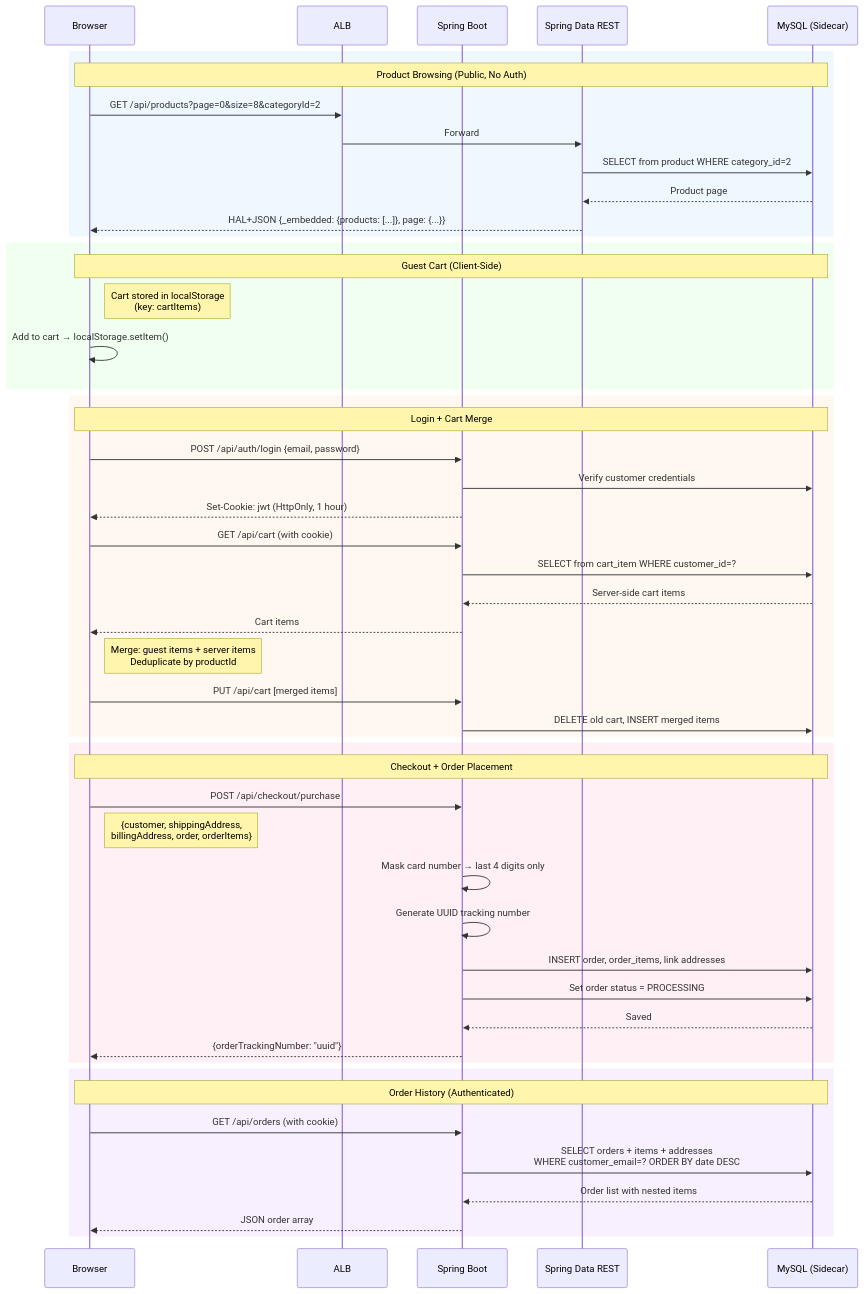
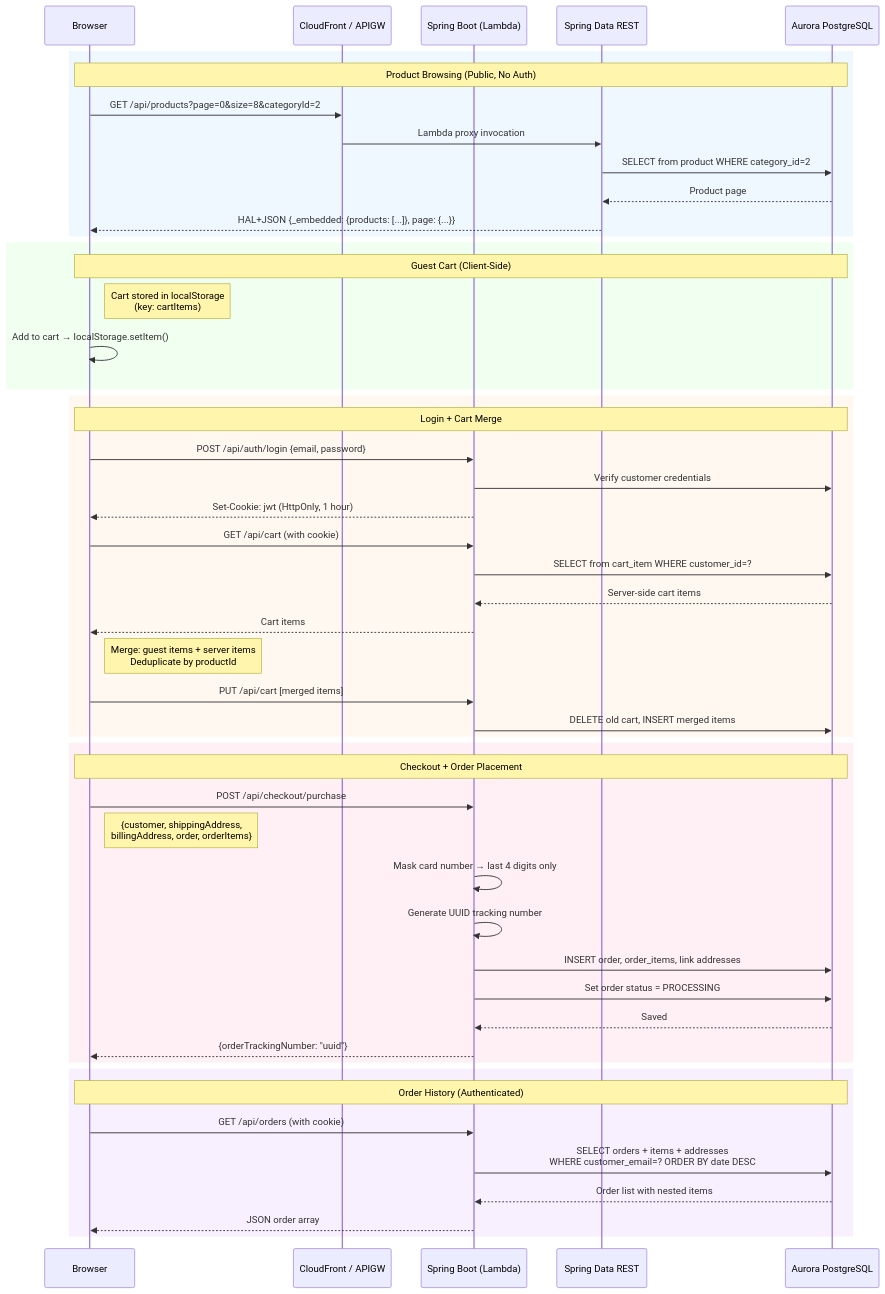
The sixth of 13 diagrams in docs/ARCHITECTURE.md (clark22134/MyPortfolioWebsite), drawn with Mermaid before and after one commit. The commit also changed other lines of this file and 96 other files, not shown here.

````diff
--- a/docs/ARCHITECTURE.md
+++ b/docs/ARCHITECTURE.md
@@ -298,57 +295,57 @@
 ```mermaid
 sequenceDiagram
     participant B as Browser
-    participant ALB as ALB
-    participant API as Spring Boot
+    participant CF as CloudFront / APIGW
+    participant API as Spring Boot (Lambda)
     participant REST as Spring Data REST
-    participant DB as MySQL (Sidecar)
+    participant DB as Aurora PostgreSQL
 
     rect rgb(240, 248, 255)
         Note over B,DB: Product Browsing (Public, No Auth)
-        B->>ALB: GET /api/products?page=0&size=8&categoryId=2
-        ALB->>REST: Forward
+        B->>CF: GET /api/products?page=0&size=8&categoryId=2
+        CF->>REST: Lambda proxy invocation
         REST->>DB: SELECT from product WHERE category_id=2
         DB-->>REST: Product page
         REST-->>B: HAL+JSON {_embedded: {products: [...]}, page: {...}}
     end
 
     rect rgb(240, 255, 240)
         Note over B,DB: Guest Cart (Client-Side)
         Note right of B: Cart stored in localStorage<br/>(key: cartItems)
         B->>B: Add to cart → localStorage.setItem()
     end
 
     rect rgb(255, 248, 240)
         Note over B,DB: Login + Cart Merge
         B->>API: POST /api/auth/login {email, password}
         API->>DB: Verify customer credentials
         API-->>B: Set-Cookie: jwt (HttpOnly, 1 hour)
         B->>API: GET /api/cart (with cookie)
         API->>DB: SELECT from cart_item WHERE customer_id=?
         DB-->>API: Server-side cart items
         API-->>B: Cart items
         Note right of B: Merge: guest items + server items<br/>Deduplicate by productId
         B->>API: PUT /api/cart [merged items]
         API->>DB: DELETE old cart, INSERT merged items
     end
 
     rect rgb(255, 240, 245)
         Note over B,DB: Checkout + Order Placement
         B->>API: POST /api/checkout/purchase
         Note right of B: {customer, shippingAddress,<br/>billingAddress, order, orderItems}
         API->>API: Mask card number → last 4 digits only
         API->>API: Generate UUID tracking number
         API->>DB: INSERT order, order_items, link addresses
         API->>DB: Set order status = PROCESSING
         DB-->>API: Saved
         API-->>B: {orderTrackingNumber: "uuid"}
     end
 
     rect rgb(248, 240, 255)
         Note over B,DB: Order History (Authenticated)
         B->>API: GET /api/orders (with cookie)
         API->>DB: SELECT orders + items + addresses<br/>WHERE customer_email=? ORDER BY date DESC
         DB-->>API: Order list with nested items
         API-->>B: JSON order array
     end
 ```
````
